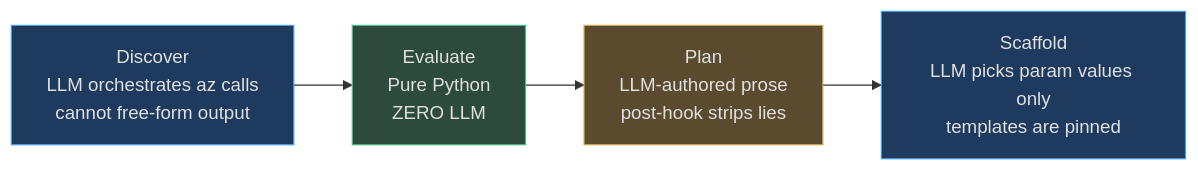
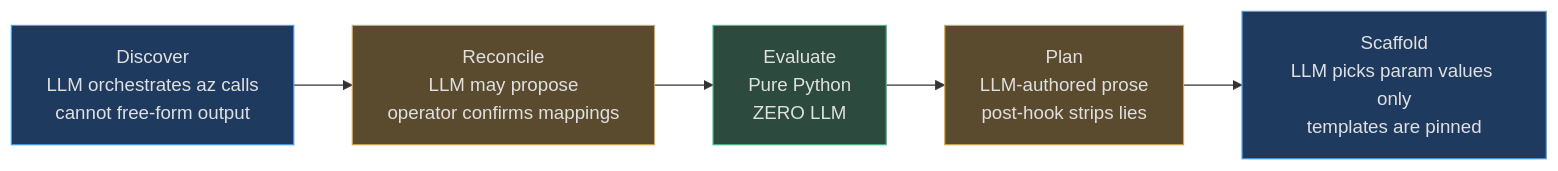
One commit to msucharda/slz-readiness changed the second of 4 diagrams in wiki/docs/deep-dive/agent-surface.md. Above: the diagram before and after it, drawn with Mermaid. The commit also changed other lines of this file and 39 other files, not shown here.

````diff
--- a/wiki/docs/deep-dive/agent-surface.md
+++ b/wiki/docs/deep-dive/agent-surface.md
@@ -110,13 +107,14 @@
 ```mermaid
 flowchart LR
     D["Discover<br>LLM orchestrates az calls<br>cannot free-form output"]:::blue
+    R["Reconcile<br>LLM may propose<br>operator confirms mappings"]:::amber
     E["Evaluate<br>Pure Python<br>ZERO LLM"]:::green
     P["Plan<br>LLM-authored prose<br>post-hook strips lies"]:::amber
     S["Scaffold<br>LLM picks param values only<br>templates are pinned"]:::blue
 
-    D --> E --> P --> S
+    D --> R --> E --> P --> S
 
     classDef blue fill:#1e3a5f,stroke:#4a9eed,color:#e0e0e0
     classDef green fill:#2d4a3e,stroke:#4aba8a,color:#e0e0e0
     classDef amber fill:#5a4a2e,stroke:#d4a84b,color:#e0e0e0
 ```
````
